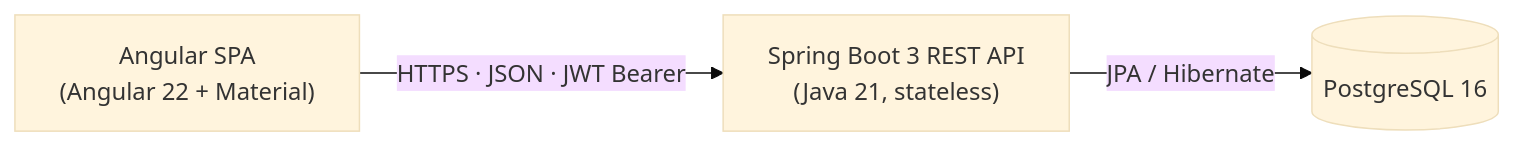
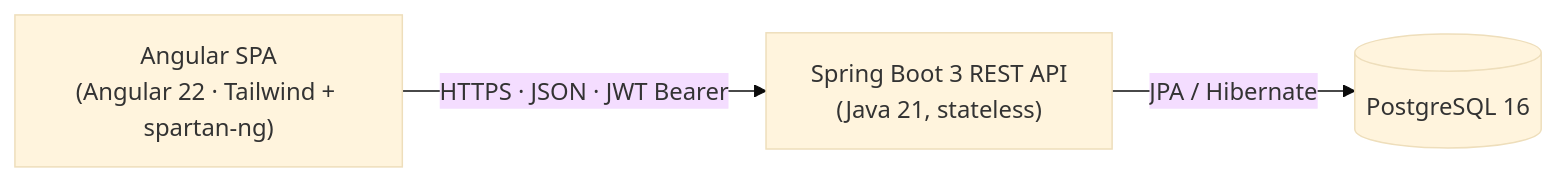
Before and after one commit to aimanfarhann/task-management: the first of 2 diagrams in context/ARCHITECTURE.md, drawn with Mermaid (base theme). The commit also changed other lines of this file and 4 other files, not shown here.

First line of the commit message:
docs: update design + architecture docs for the spartan-ng stack

````diff
--- a/context/ARCHITECTURE.md
+++ b/context/ARCHITECTURE.md
@@ -9,9 +9,9 @@
 ```mermaid
 flowchart LR
-    Browser["Angular SPA\n(Angular 22 + Material)"]
+    Browser["Angular SPA\n(Angular 22 · Tailwind + spartan-ng)"]
     API["Spring Boot 3 REST API\n(Java 21, stateless)"]
     DB[("PostgreSQL 16")]
 
     Browser -- "HTTPS · JSON · JWT Bearer" --> API
     API -- "JPA / Hibernate" --> DB
 ```
````
